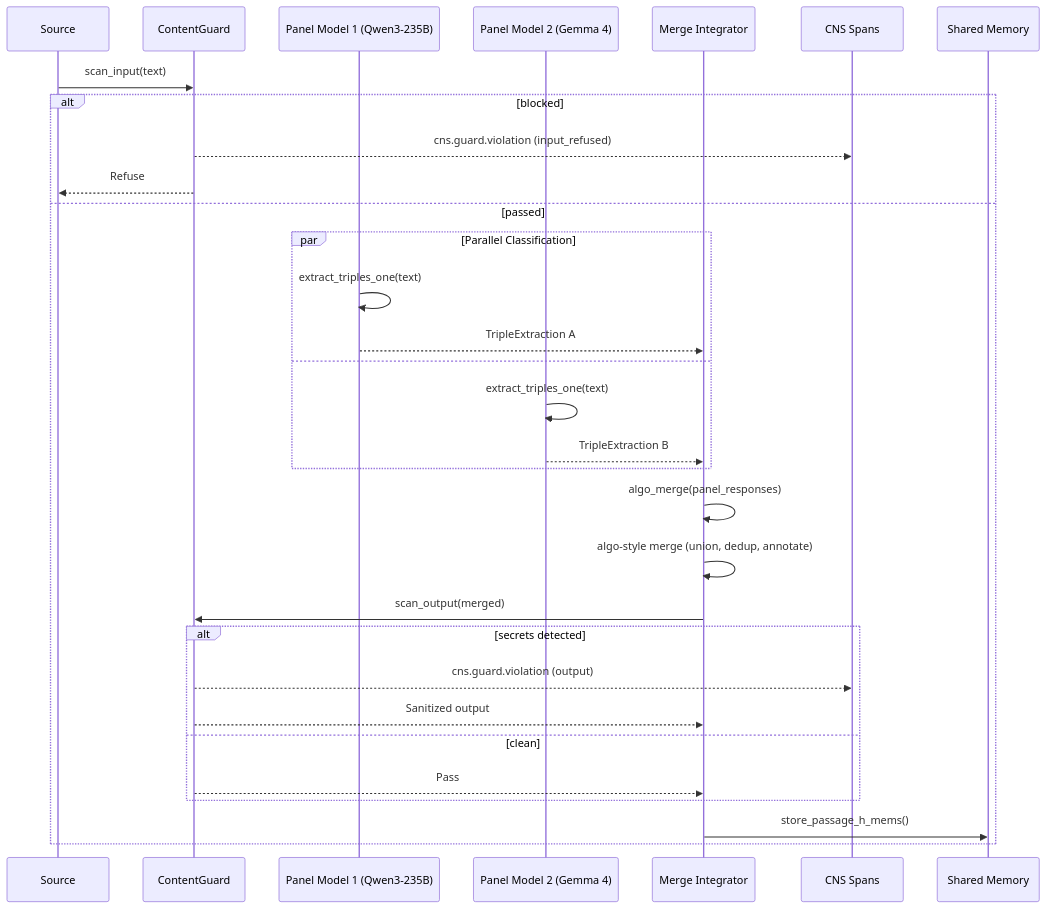
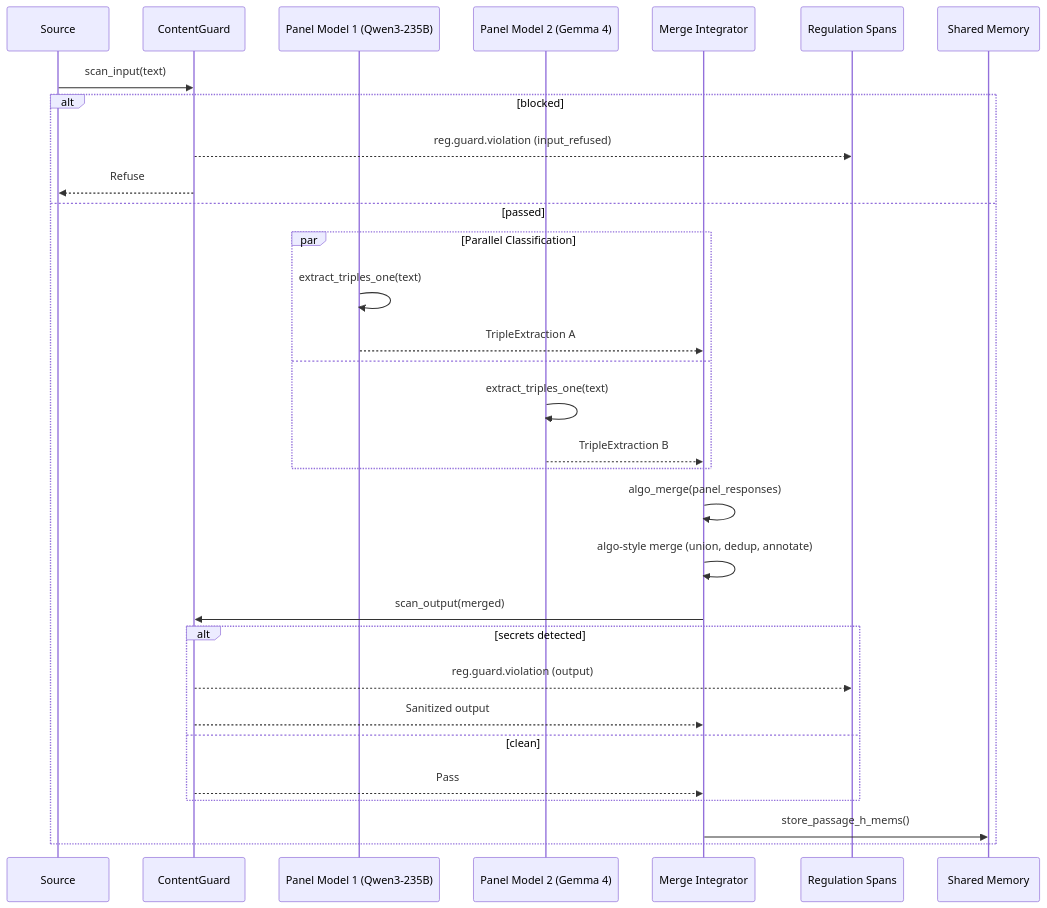
Before and after one commit to mdz-axo/hKask: the eighth of 9 diagrams in docs/explanation/cognition-and-replica.md, drawn with Mermaid. The commit also changed other lines of this file and 68 other files, not shown here.

First line of the commit message:
Rename CNS to Regulation across docs

````diff
--- a/docs/explanation/cognition-and-replica.md
+++ b/docs/explanation/cognition-and-replica.md
@@ -845,37 +845,37 @@
 ```mermaid
 sequenceDiagram
     participant S as Source
     participant G as ContentGuard
     participant MA as Panel Model 1 (Qwen3-235B)
     participant MB as Panel Model 2 (Gemma 4)
     participant I as Merge Integrator
-    participant CNS as CNS Spans
+    participant Regulation as Regulation Spans
     participant M as Shared Memory
 
     S->>G: scan_input(text)
     alt blocked
-        G-->>CNS: cns.guard.violation (input_refused)
+        G-->>Regulation: reg.guard.violation (input_refused)
         G-->>S: Refuse
     else passed
         par Parallel Classification
             MA->>MA: extract_triples_one(text)
             MA-->>I: TripleExtraction A
         and
             MB->>MB: extract_triples_one(text)
             MB-->>I: TripleExtraction B
         end
 
         I->>I: algo_merge(panel_responses)
         I->>I: algo-style merge (union, dedup, annotate)
 
         I->>G: scan_output(merged)
         alt secrets detected
-            G-->>CNS: cns.guard.violation (output)
+            G-->>Regulation: reg.guard.violation (output)
             G-->>I: Sanitized output
         else clean
             G-->>I: Pass
         end
 
         I->>M: store_passage_h_mems()
     end
 ```
````
